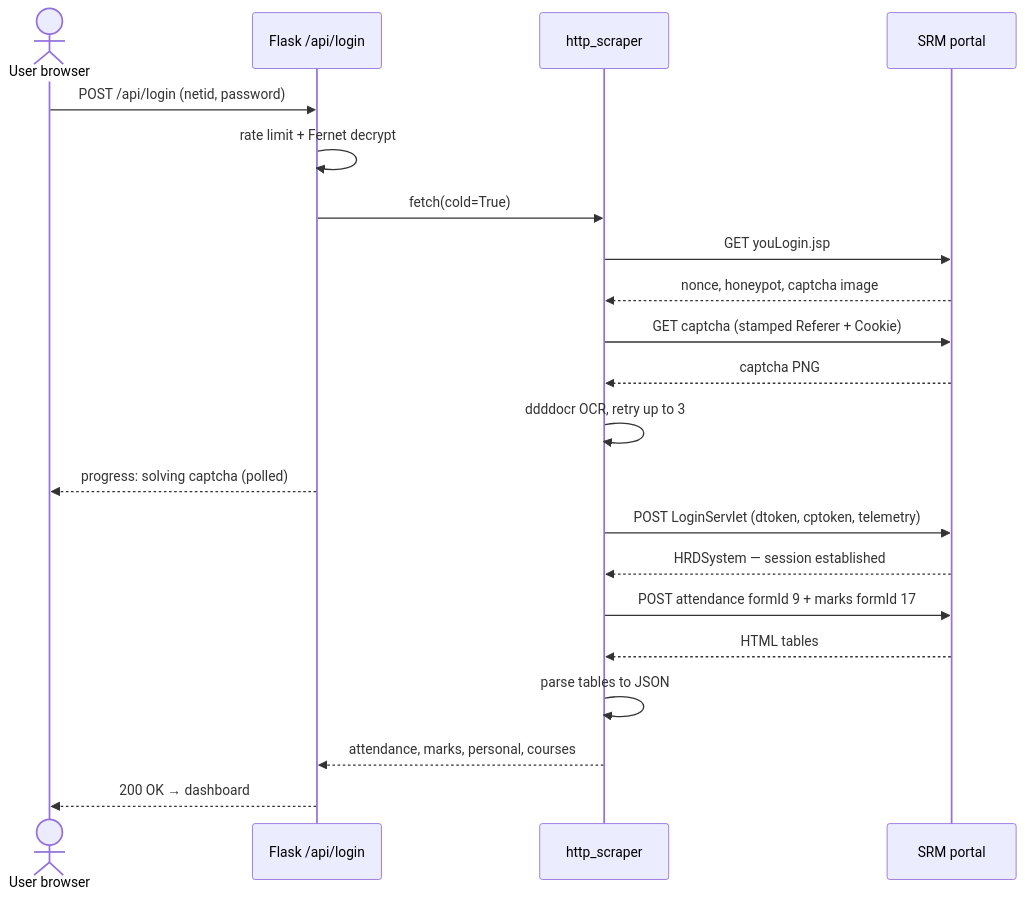
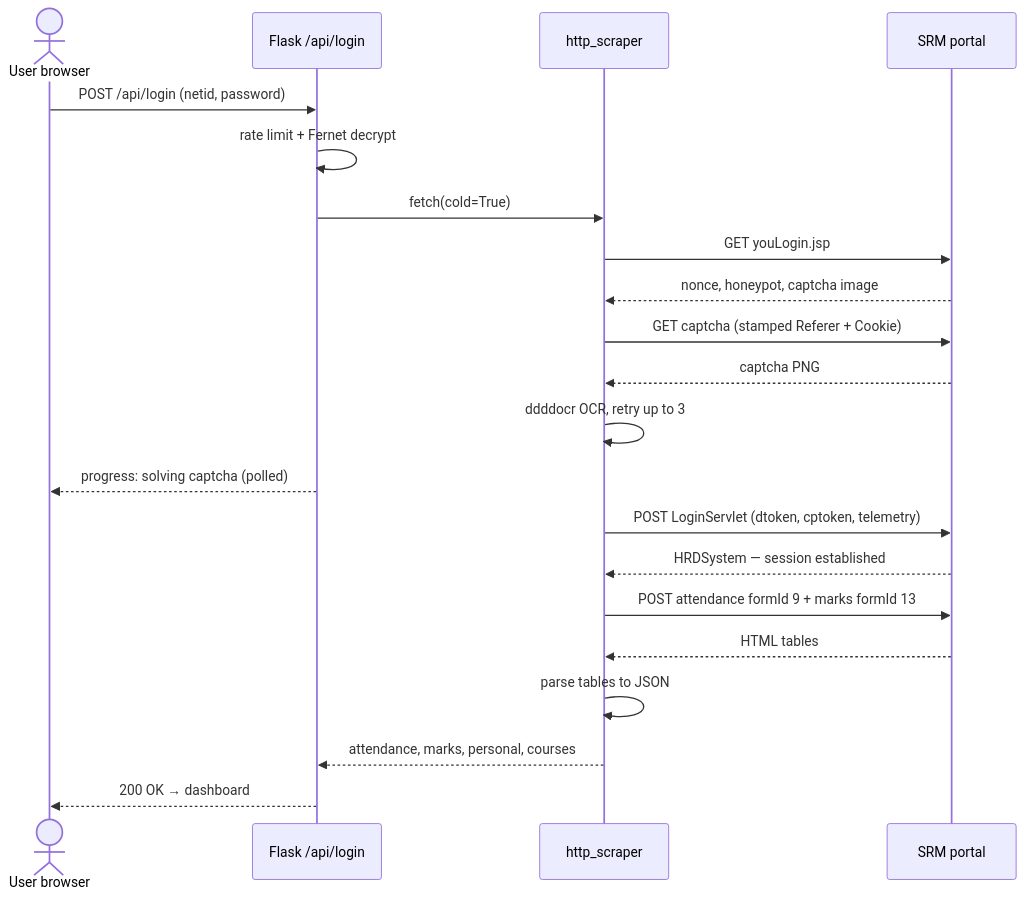
Before and after one commit to thenabbu/OpenSRM: the second of 3 diagrams in README.md, drawn with Mermaid. The commit also changed other lines of this file and 1 other file, not shown here.

Commit message:
docs: README/CONTRIBUTING for the 1.1.0 setup — fix formId 17→13 (marks, not personal), drop marks.js refs, preflight/network-first/dividers/copy bullets, version bump policy

````diff
--- a/README.md
+++ b/README.md
@@ -109,23 +109,23 @@
 ```mermaid
 sequenceDiagram
     actor U as User browser
     participant F as Flask /api/login
     participant S as http_scraper
     participant P as SRM portal
     U->>F: POST /api/login (netid, password)
     F->>F: rate limit + Fernet decrypt
     F->>S: fetch(cold=True)
     S->>P: GET youLogin.jsp
     P-->>S: nonce, honeypot, captcha image
     S->>P: GET captcha (stamped Referer + Cookie)
     P-->>S: captcha PNG
     S->>S: ddddocr OCR, retry up to 3
     F-->>U: progress: solving captcha (polled)
     S->>P: POST LoginServlet (dtoken, cptoken, telemetry)
     P-->>S: HRDSystem — session established
-    S->>P: POST attendance formId 9 + marks formId 17
+    S->>P: POST attendance formId 9 + marks formId 13
     P-->>S: HTML tables
     S->>S: parse tables to JSON
     S-->>F: attendance, marks, personal, courses
     F-->>U: 200 OK → dashboard
 ```
````
